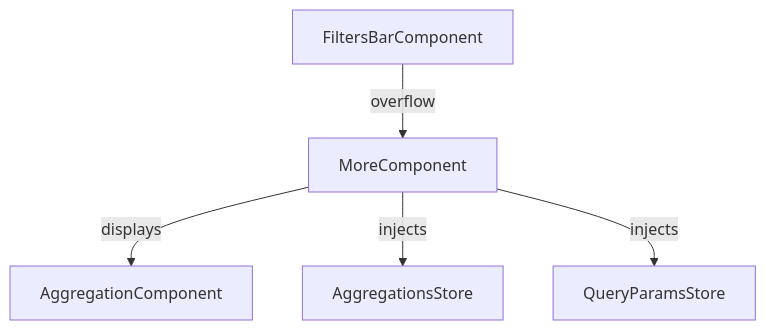
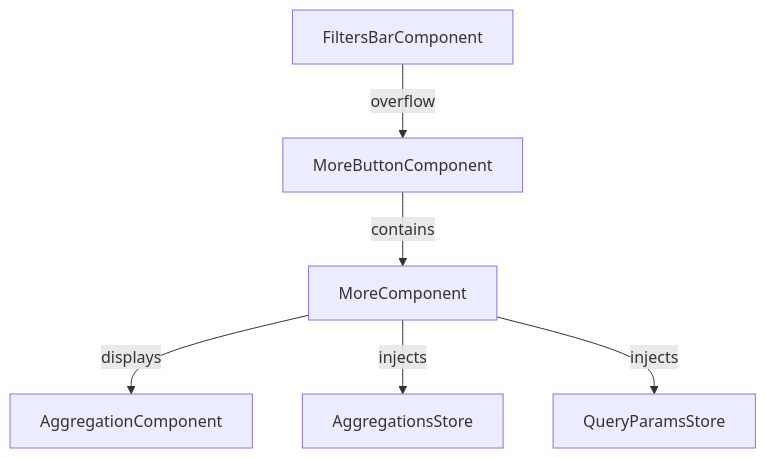
Before and after one commit to sinequa/sba-mint: the first of 2 diagrams in docusaurus/docs/atomic-angular/components/filters/more.md, drawn with Mermaid. The commit also changed other lines of this file and 205 other files, not shown here.

````diff
--- a/docusaurus/docs/atomic-angular/components/filters/more.md
+++ b/docusaurus/docs/atomic-angular/components/filters/more.md
@@ -15,7 +49,8 @@
 ```mermaid
 flowchart TD
-    FiltersBarComponent -- overflow --> MoreComponent
+    FiltersBarComponent -- overflow --> MoreButtonComponent
+    MoreButtonComponent -- contains --> MoreComponent
     MoreComponent -- displays --> AggregationComponent
     MoreComponent -- injects --> AggregationsStore
     MoreComponent -- injects --> QueryParamsStore
 ```
````
